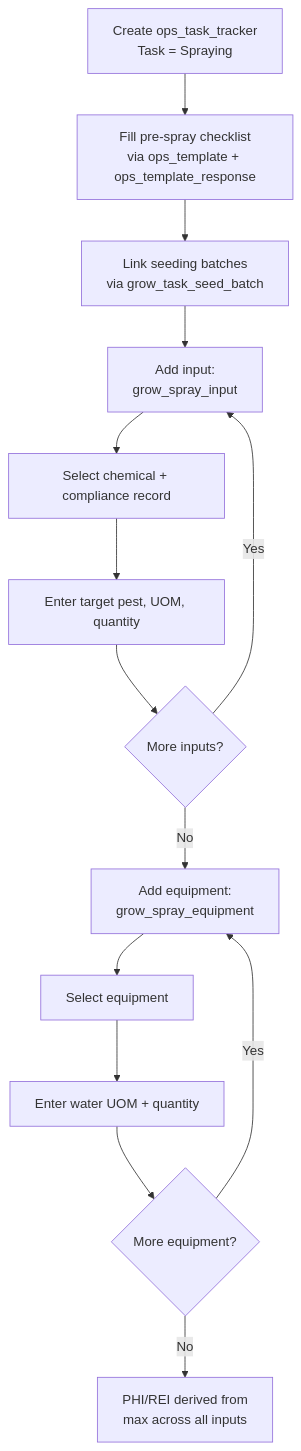
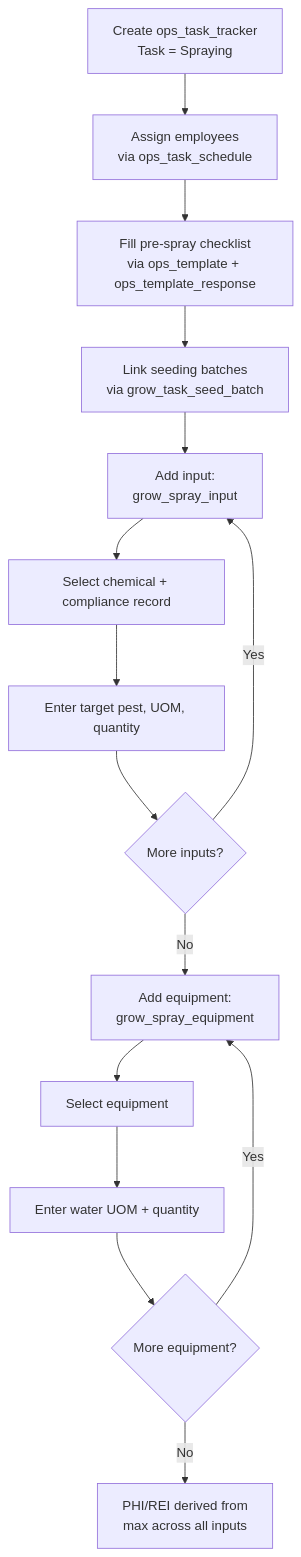
One commit to Hawaii-Farming/aloha-app changed the diagram in docs/processes/20260327_06_grow_spraying_workflow.md. Above: the diagram before and after it, drawn with Mermaid. The commit also changed other lines of this file and 8 other files, not shown here.

````diff
--- a/docs/processes/20260327_06_grow_spraying_workflow.md
+++ b/docs/processes/20260327_06_grow_spraying_workflow.md
@@ -90,16 +92,17 @@
 ```mermaid
 flowchart TD
-    A[Create ops_task_tracker\nTask = Spraying] --> B[Fill pre-spray checklist\nvia ops_template + ops_template_response]
+    A[Create ops_task_tracker\nTask = Spraying] --> A1[Assign employees\nvia ops_task_schedule]
+    A1 --> B[Fill pre-spray checklist\nvia ops_template + ops_template_response]
     B --> C[Link seeding batches\nvia grow_task_seed_batch]
     C --> D[Add input:\ngrow_spray_input]
     D --> D1[Select chemical + compliance record]
     D1 --> D2[Enter target pest, UOM, quantity]
     D2 --> D3{More inputs?}
     D3 -->|Yes| D
     D3 -->|No| E[Add equipment:\ngrow_spray_equipment]
     E --> E1[Select equipment]
     E1 --> E2[Enter water UOM + quantity]
     E2 --> E3{More equipment?}
     E3 -->|Yes| E
     E3 -->|No| F[PHI/REI derived from\nmax across all inputs]
 ```
````
